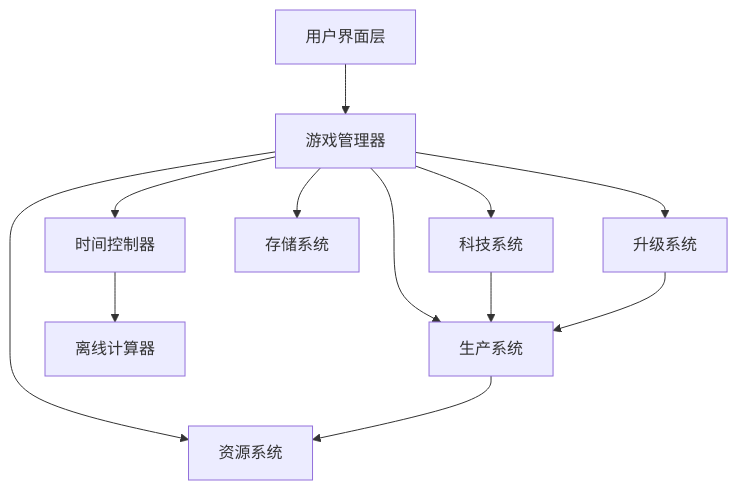
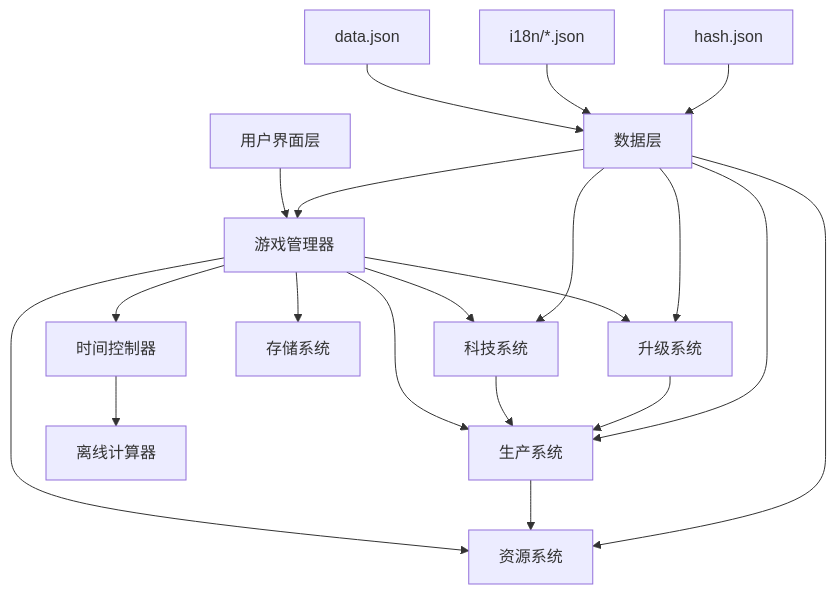
Before and after one commit to emeiziying/Idle-Factorio: the diagram in .kiro/specs/factorio-idle-game/design.md, drawn with Mermaid. The commit also changed other lines of this file and 1 other file, not shown here.

````diff
--- a/.kiro/specs/factorio-idle-game/design.md
+++ b/.kiro/specs/factorio-idle-game/design.md
@@ -11,14 +11,26 @@
 ```mermaid
 graph TB
     UI[用户界面层] --> GM[游戏管理器]
     GM --> RS[资源系统]
     GM --> PS[生产系统]
     GM --> TS[科技系统]
     GM --> US[升级系统]
     PS --> RS
     TS --> PS
     US --> PS
     GM --> SS[存储系统]
     GM --> TC[时间控制器]
     TC --> OC[离线计算器]
+
+    %% 数据层
+    DL[数据层] --> GM
+    DL --> RS
+    DL --> PS
+    DL --> TS
+    DL --> US
+
+    %% 数据源
+    DJ[data.json] --> DL
+    I18N[i18n/*.json] --> DL
+    HASH[hash.json] --> DL
 ```
````
